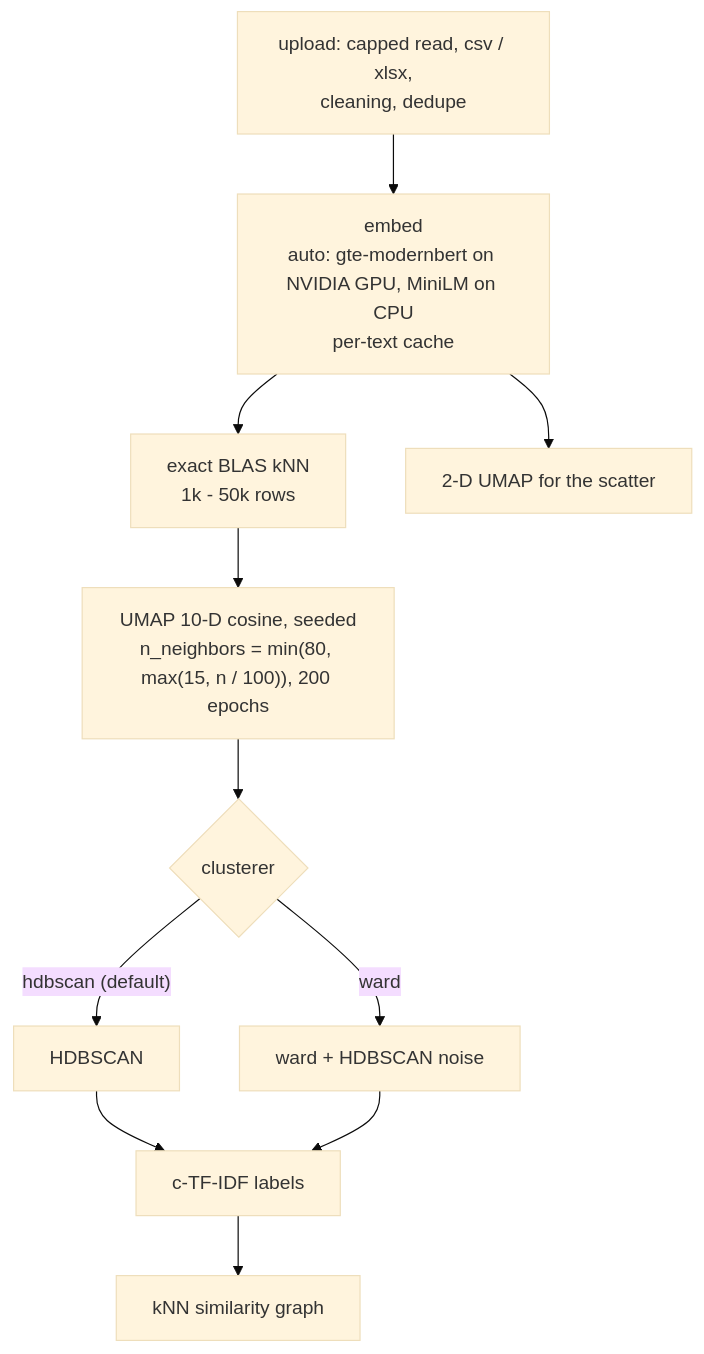
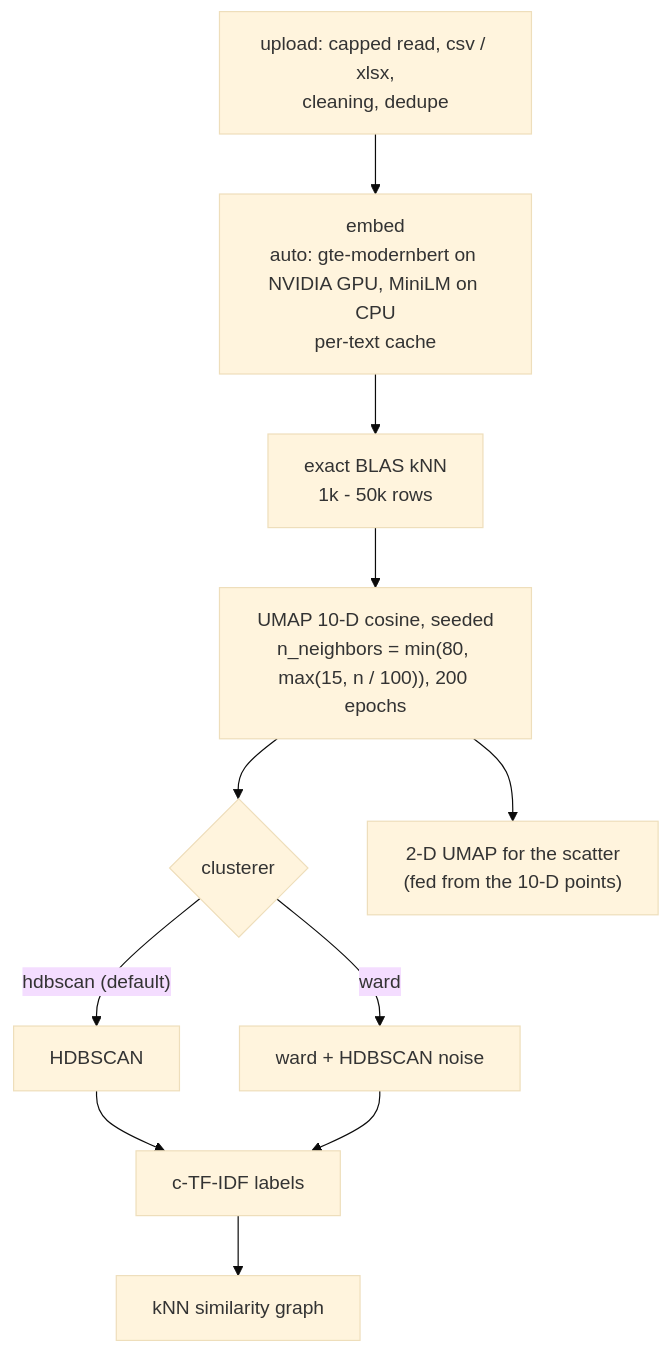
One commit to suraj-gupta-01/reqcluster changed the second of 4 diagrams in README.md. Above: the diagram before and after it, drawn with Mermaid (base theme). The commit also changed other lines of this file and 6 other files, not shown here.

````diff
--- a/README.md
+++ b/README.md
@@ -40,13 +40,13 @@
 ```mermaid
 flowchart TD
   A["upload: capped read, csv / xlsx,<br/>cleaning, dedupe"] --> B["embed<br/>auto: gte-modernbert on NVIDIA GPU, MiniLM on CPU<br/>per-text cache"]
   B --> C["exact BLAS kNN<br/>1k - 50k rows"]
   C --> D["UMAP 10-D cosine, seeded<br/>n_neighbors = min(80, max(15, n / 100)), 200 epochs"]
   D --> E{"clusterer"}
   E -->|"hdbscan (default)"| F["HDBSCAN"]
   E -->|ward| G["ward + HDBSCAN noise"]
   F --> H["c-TF-IDF labels"]
   G --> H
   H --> I["kNN similarity graph"]
-  B --> J["2-D UMAP for the scatter"]
+  D --> J["2-D UMAP for the scatter<br/>(fed from the 10-D points)"]
 ```
````
